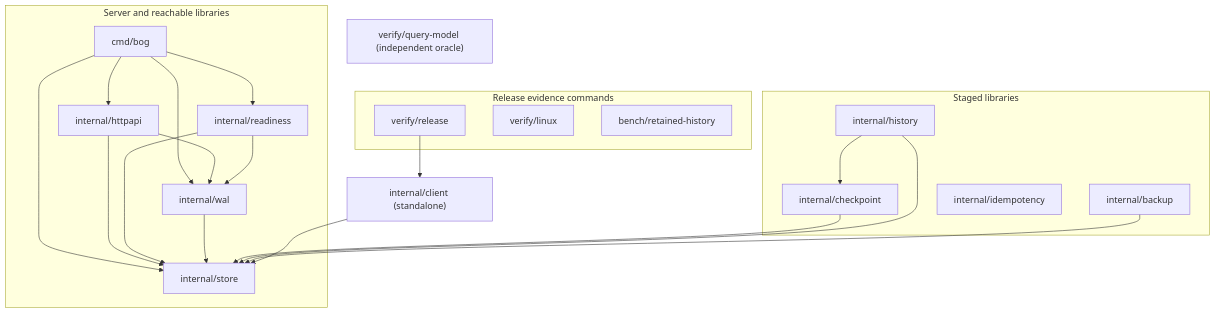
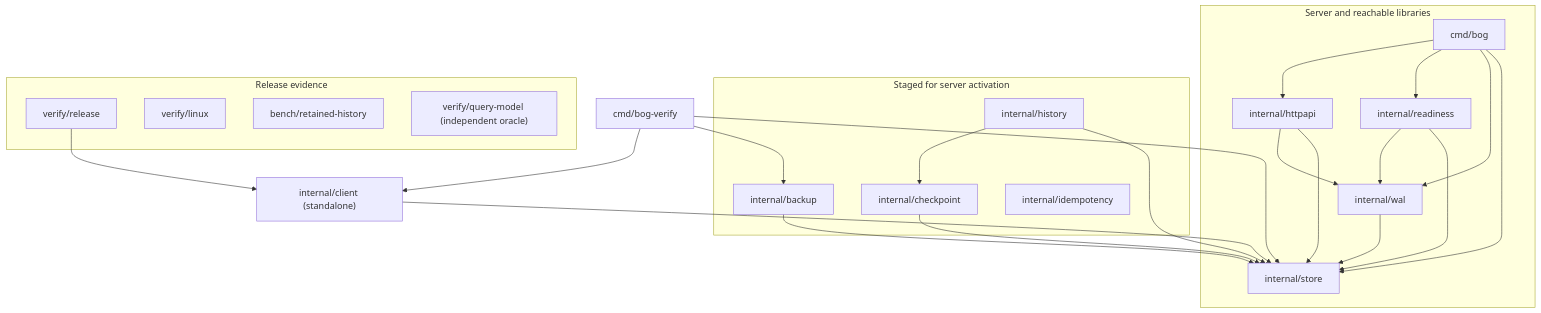
One commit to tflynn3/bog changed the diagram in docs/architecture/SYSTEM.md. Above: the diagram before and after it, drawn with Mermaid. The commit also changed other lines of this file and 3 other files, not shown here.

````diff
--- a/docs/architecture/SYSTEM.md
+++ b/docs/architecture/SYSTEM.md
@@ -28,38 +28,42 @@
 ```mermaid
 flowchart TD
     subgraph Runtime["Server and reachable libraries"]
         Cmd["cmd/bog"]
         HTTP["internal/httpapi"]
         Ready["internal/readiness"]
         WAL["internal/wal"]
         Store["internal/store"]
         Cmd --> HTTP
         Cmd --> Ready
         Cmd --> WAL
         Cmd --> Store
         HTTP --> WAL
         HTTP --> Store
         Ready --> WAL
         Ready --> Store
         WAL --> Store
     end
-    subgraph Staged["Staged libraries"]
+    Operator["cmd/bog-verify"]
+    subgraph Staged["Staged for server activation"]
         Checkpoint["internal/checkpoint"]
         History["internal/history"]
         Backup["internal/backup"]
         Idempotency["internal/idempotency"]
         History --> Checkpoint
     end
+    Client["internal/client (standalone)"]
     Checkpoint --> Store
     History --> Store
     Backup --> Store
-    subgraph Evidence["Release evidence commands"]
+    Operator --> Backup
+    Operator --> Client
+    Operator --> Store
+    Client --> Store
+    subgraph Evidence["Release evidence"]
         Admission["verify/release"]
         Durability["verify/linux"]
         Capacity["bench/retained-history"]
+        Model["verify/query-model (independent oracle)"]
     end
-    Client["internal/client (standalone)"]
-    Model["verify/query-model (independent oracle)"]
     Admission --> Client
-    Client --> Store
 ```
````
